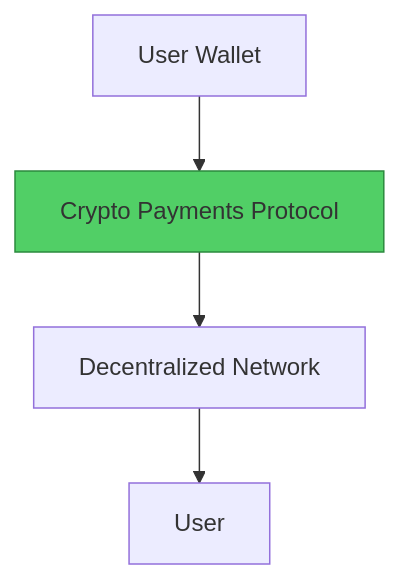
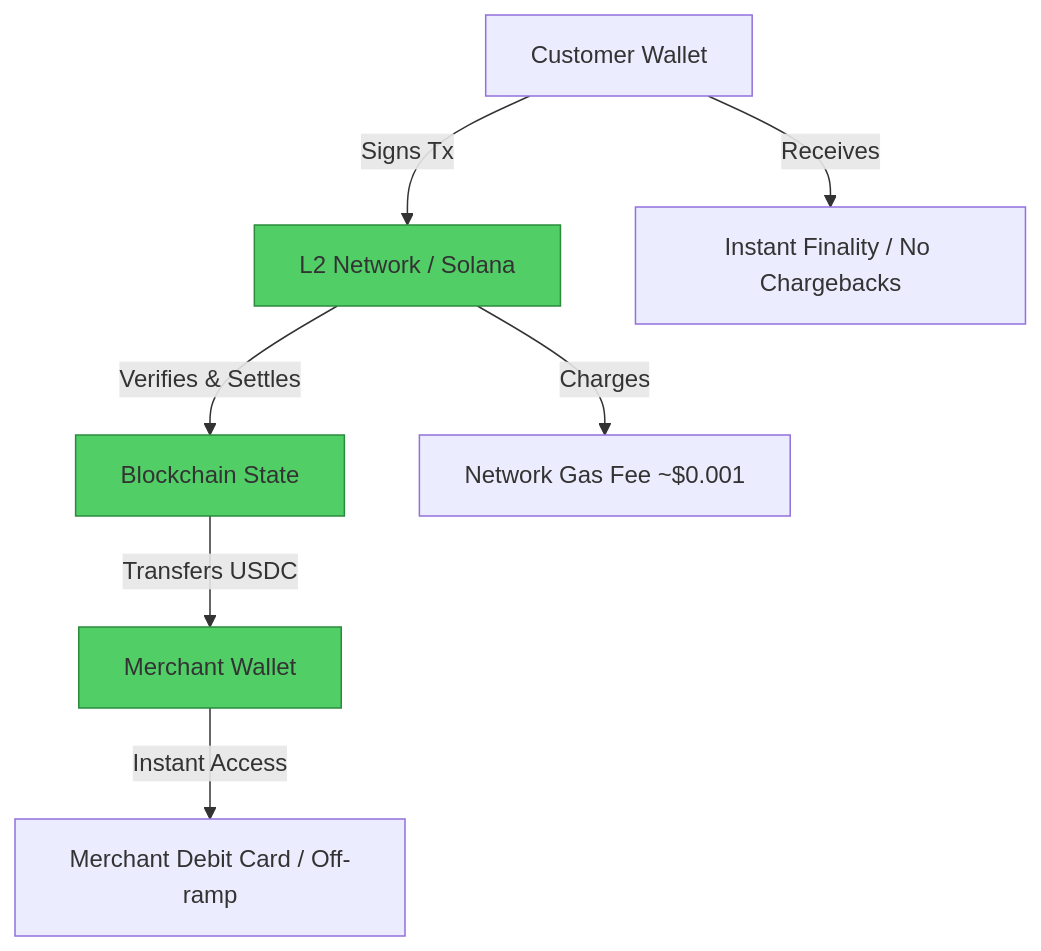
One commit to Elvatar2/Web2-To-Web3-Migration-Guide changed the second of 2 diagrams in 05-finance/01-paypal-to-crypto-payments.md. Above: the diagram before and after it, drawn with Mermaid. The commit also changed other lines of this file, not shown here.

````diff
--- a/05-finance/01-paypal-to-crypto-payments.md
+++ b/05-finance/01-paypal-to-crypto-payments.md
@@ -63,8 +77,13 @@
 ```mermaid
 graph TB
-    A[User Wallet] --> B[Crypto Payments Protocol]
-    B --> C[Decentralized Network]
-    C --> D[User]
+    A[Customer Wallet] -->|Signs Tx| B[L2 Network / Solana]
+    B -->|Verifies & Settles| C[Blockchain State]
+    C -->|Transfers USDC| D[Merchant Wallet]
+    D -->|Instant Access| E[Merchant Debit Card / Off-ramp]
+    B -->|Charges| F[Network Gas Fee ~$0.001]
+    A -->|Receives| G[Instant Finality / No Chargebacks]
 
     style B fill:#51cf66,stroke:#2b8a3e
+    style C fill:#51cf66,stroke:#2b8a3e
+    style D fill:#51cf66,stroke:#2b8a3e
 ```
````
